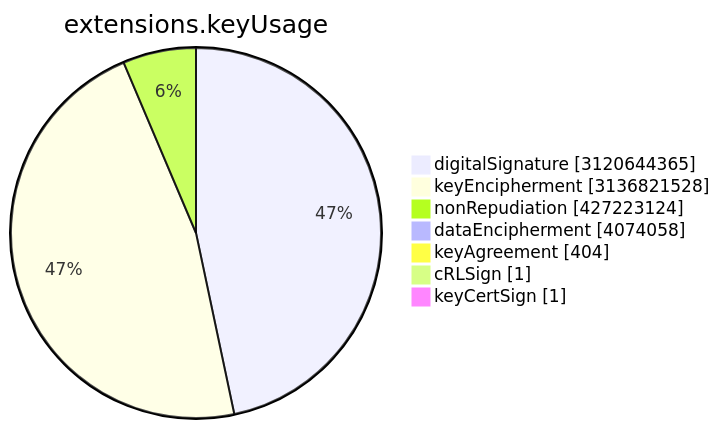
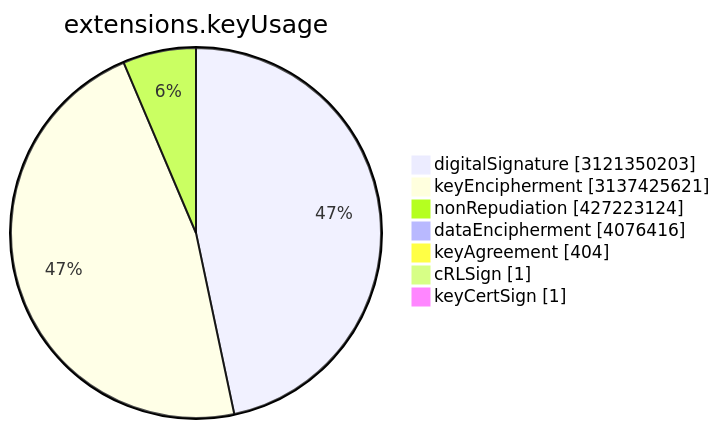
One commit to christiankrug/ctmonitor_visualization changed the sixth of 15 diagrams in TOTAL/README.md. Above: the diagram before and after it, drawn with Mermaid. The commit also changed other lines of this file, not shown here.

````diff
--- a/TOTAL/README.md
+++ b/TOTAL/README.md
@@ -3077,11 +3077,11 @@
 ```mermaid
 pie showData
 title extensions.keyUsage
-"digitalSignature" :3120644365
-"keyEncipherment" :3136821528
+"digitalSignature" :3121350203
+"keyEncipherment" :3137425621
 "nonRepudiation" :427223124
-"dataEncipherment" :4074058
+"dataEncipherment" :4076416
 "keyAgreement" :404
 "cRLSign" :1
 "keyCertSign" :1
 ```
````
